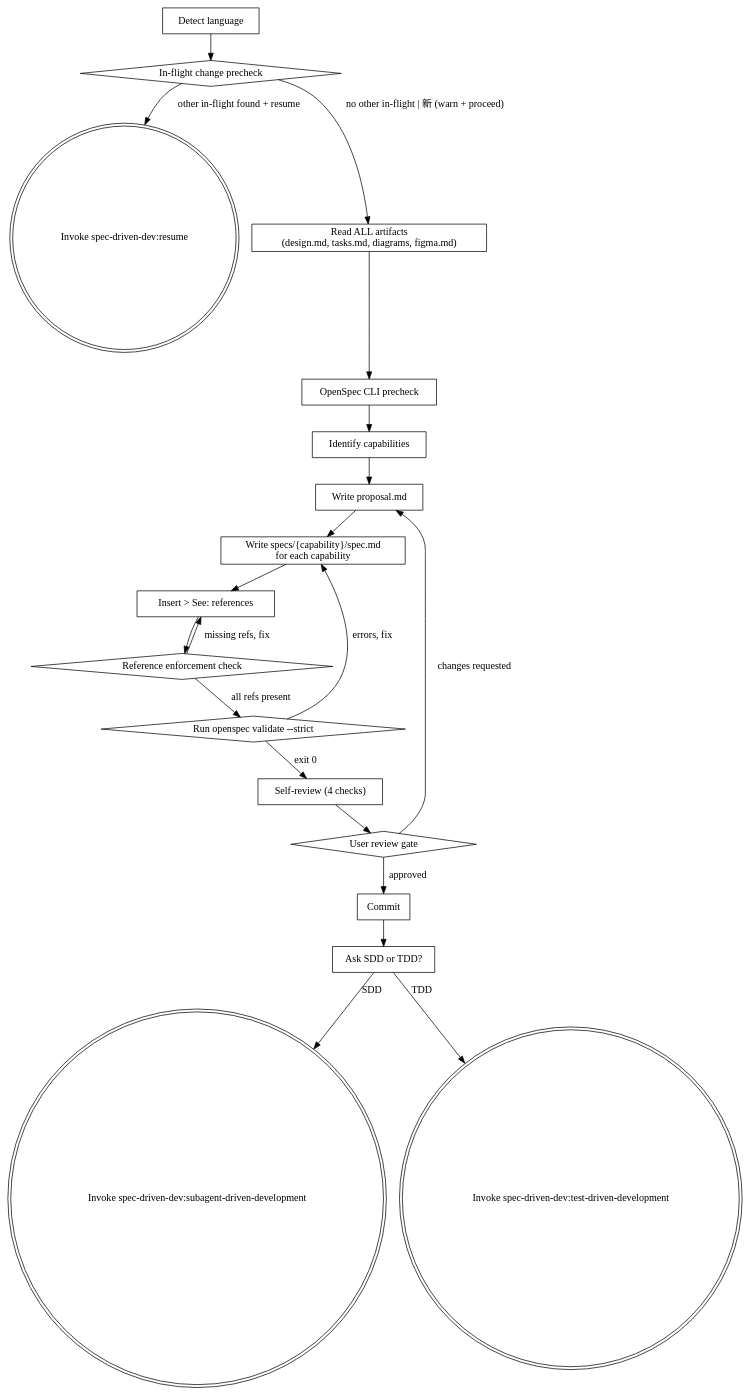
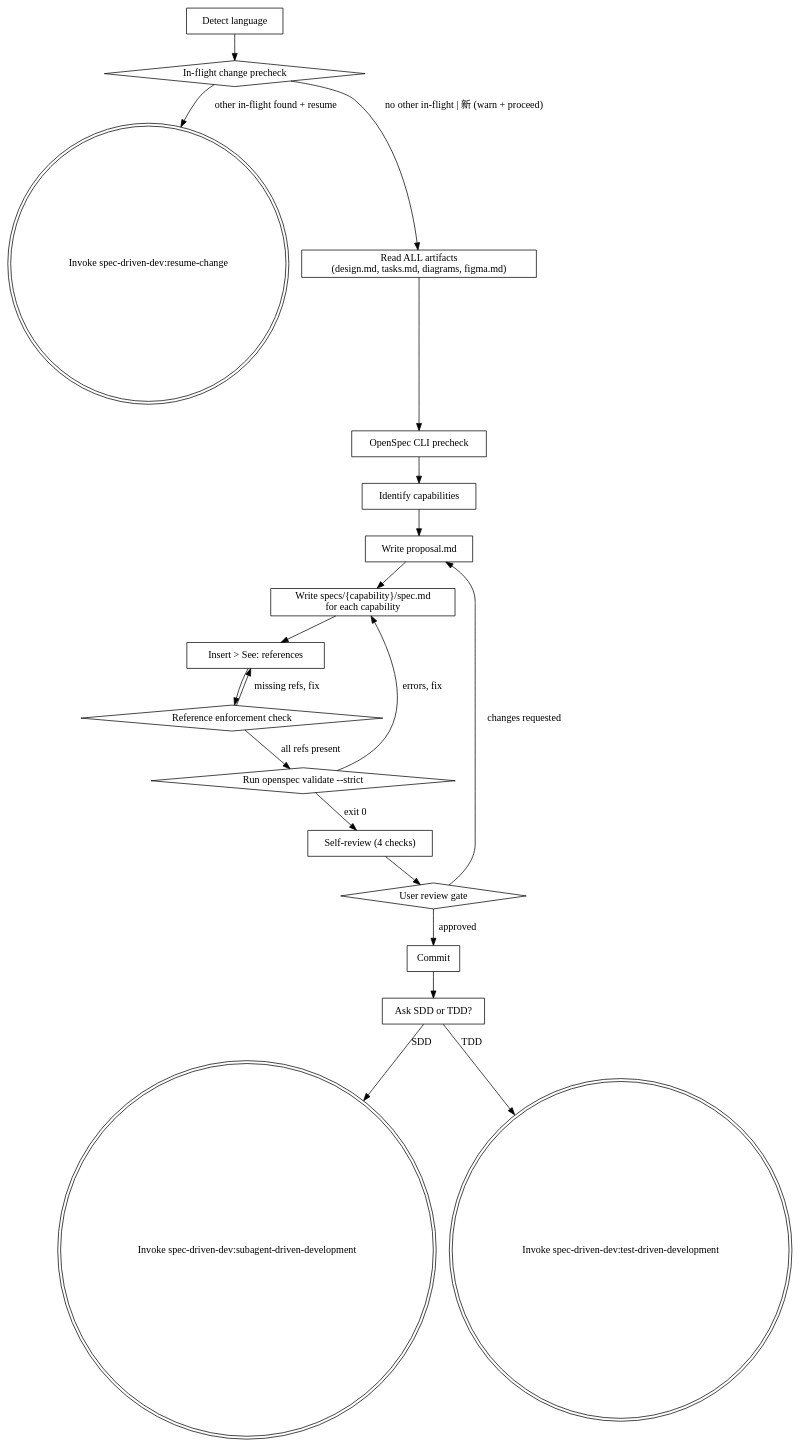
One commit to BIBIOTA/yuki-marketplace changed the diagram in plugins/spec-driven-dev/skills/writing-spec/SKILL.md. Above: the diagram before and after it, drawn with Graphviz. The commit also changed other lines of this file and 7 other files, not shown here.

````diff
--- a/plugins/spec-driven-dev/skills/writing-spec/SKILL.md
+++ b/plugins/spec-driven-dev/skills/writing-spec/SKILL.md
@@ -78,43 +78,43 @@
 ```dot
 digraph writing_spec {
     rankdir=TB;
 
     "Detect language" [shape=box];
     "In-flight change precheck" [shape=diamond];
-    "Invoke spec-driven-dev:resume" [shape=doublecircle];
+    "Invoke spec-driven-dev:resume-change" [shape=doublecircle];
     "Read ALL artifacts\n(design.md, tasks.md, diagrams, figma.md)" [shape=box];
     "OpenSpec CLI precheck" [shape=box];
     "Identify capabilities" [shape=box];
     "Write proposal.md" [shape=box];
     "Write specs/{capability}/spec.md\nfor each capability" [shape=box];
     "Insert > See: references" [shape=box];
     "Reference enforcement check" [shape=diamond];
     "Run openspec validate --strict" [shape=diamond];
     "Self-review (4 checks)" [shape=box];
     "User review gate" [shape=diamond];
     "Commit" [shape=box];
     "Ask SDD or TDD?" [shape=box];
     "Invoke spec-driven-dev:subagent-driven-development" [shape=doublecircle];
     "Invoke spec-driven-dev:test-driven-development" [shape=doublecircle];
 
     "Detect language" -> "In-flight change precheck";
-    "In-flight change precheck" -> "Invoke spec-driven-dev:resume" [label="other in-flight found + resume"];
+    "In-flight change precheck" -> "Invoke spec-driven-dev:resume-change" [label="other in-flight found + resume"];
     "In-flight change precheck" -> "Read ALL artifacts\n(design.md, tasks.md, diagrams, figma.md)" [label="no other in-flight | 新 (warn + proceed)"];
     "Read ALL artifacts\n(design.md, tasks.md, diagrams, figma.md)" -> "OpenSpec CLI precheck";
     "OpenSpec CLI precheck" -> "Identify capabilities";
     "Identify capabilities" -> "Write proposal.md";
     "Write proposal.md" -> "Write specs/{capability}/spec.md\nfor each capability";
     "Write specs/{capability}/spec.md\nfor each capability" -> "Insert > See: references";
     "Insert > See: references" -> "Reference enforcement check";
     "Reference enforcement check" -> "Insert > See: references" [label="missing refs, fix"];
     "Reference enforcement check" -> "Run openspec validate --strict" [label="all refs present"];
     "Run openspec validate --strict" -> "Write specs/{capability}/spec.md\nfor each capability" [label="errors, fix"];
     "Run openspec validate --strict" -> "Self-review (4 checks)" [label="exit 0"];
     "Self-review (4 checks)" -> "User review gate";
     "User review gate" -> "Write proposal.md" [label="changes requested"];
     "User review gate" -> "Commit" [label="approved"];
     "Commit" -> "Ask SDD or TDD?";
     "Ask SDD or TDD?" -> "Invoke spec-driven-dev:subagent-driven-development" [label="SDD"];
     "Ask SDD or TDD?" -> "Invoke spec-driven-dev:test-driven-development" [label="TDD"];
 }
 ```
````
